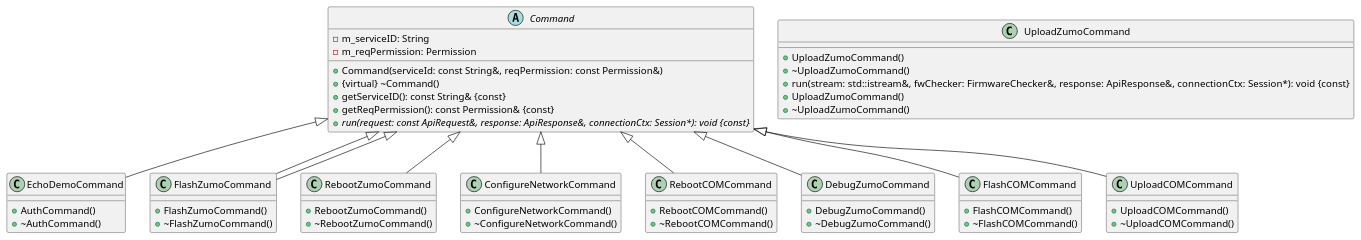
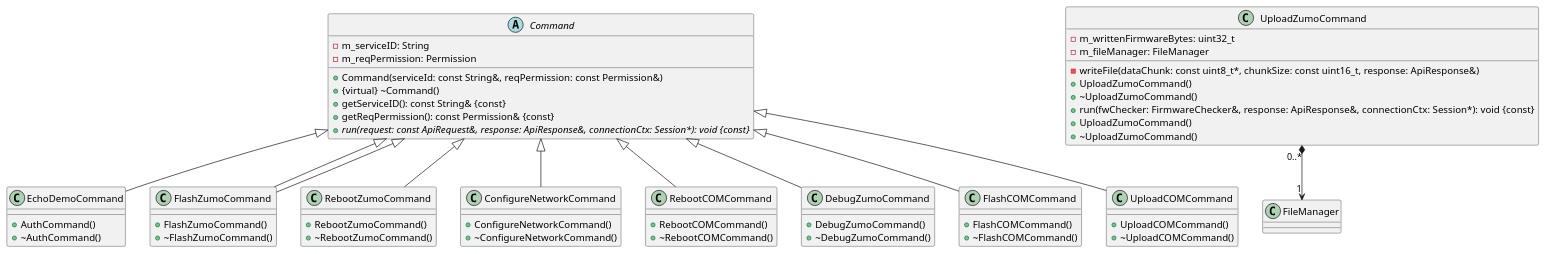
The diagram in doc/design/server/ClassDiagrams/03_Commands.plantuml (NewTec-GmbH/ZumoComSystem), drawn with PlantUML before and after one commit. The commit also changed 3 other files, not shown here.

Commit message:
refactor(server): Update design diagrams #65

```diff
--- a/doc/design/server/ClassDiagrams/03_Commands.plantuml
+++ b/doc/design/server/ClassDiagrams/03_Commands.plantuml
@@ -1,85 +1,89 @@
 @startuml
 
 abstract class Command
 {
     - m_serviceID: String
     - m_reqPermission: Permission
     + Command(serviceId: const String&, reqPermission: const Permission&)
     + {virtual} ~Command()
     + getServiceID(): const String& {const}
     + getReqPermission(): const Permission& {const}
     + {abstract} run(request: const ApiRequest&, response: ApiResponse&, connectionCtx: Session*): void {const}
 }
 
 class EchoDemoCommand
 {
     + AuthCommand()
     + ~AuthCommand()
 }
 Command <|-down-EchoDemoCommand
 
 class FlashZumoCommand
 {
     + FlashZumoCommand()
     + ~FlashZumoCommand()
 }
 Command <|-down-FlashZumoCommand
 
 class UploadZumoCommand
 {
+    - m_writtenFirmwareBytes: uint32_t
+    - m_fileManager: FileManager
+    - writeFile(dataChunk: const uint8_t*, chunkSize: const uint16_t, response: ApiResponse&)
     + UploadZumoCommand()
     + ~UploadZumoCommand()
-    + run(stream: std::istream&, fwChecker: FirmwareChecker&, response: ApiResponse&, connectionCtx: Session*):  void {const}
+    + run(fwChecker: FirmwareChecker&, response: ApiResponse&, connectionCtx: Session*):  void {const}
 }
+UploadZumoCommand "0..*" *--> "1" FileManager
 
 class UploadZumoCommand
 {
     + UploadZumoCommand()
     + ~UploadZumoCommand()
 }
 Command <|-down-FlashZumoCommand
 
 class RebootZumoCommand
 {
     + RebootZumoCommand()
     + ~RebootZumoCommand()
 
 }
 Command <|-down-RebootZumoCommand
 
 class ConfigureNetworkCommand
 {
     + ConfigureNetworkCommand()
     + ~ConfigureNetworkCommand()
 }
 Command <|-down-ConfigureNetworkCommand
 
 class RebootCOMCommand
 {
     + RebootCOMCommand()
     + ~RebootCOMCommand()
 }
 Command <|-down-RebootCOMCommand
 
 class DebugZumoCommand
 {
     + DebugZumoCommand()
     + ~DebugZumoCommand()
 }
 Command <|-down-DebugZumoCommand
 
 class FlashCOMCommand
 {
     + FlashCOMCommand()
     + ~FlashCOMCommand()
 }
 Command <|-down-FlashCOMCommand
 
 class UploadCOMCommand
 {
     + UploadCOMCommand()
     + ~UploadCOMCommand()
 }
 Command <|-down-UploadCOMCommand
 
 @enduml
```
